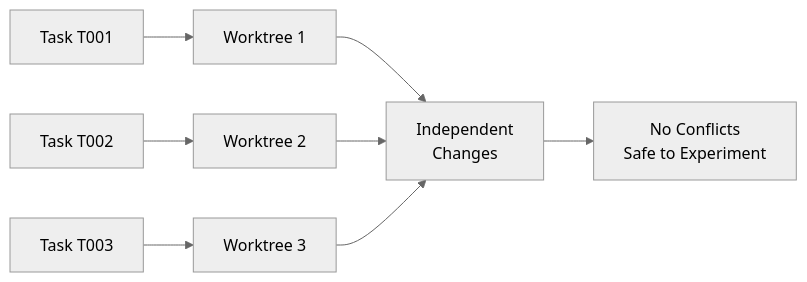
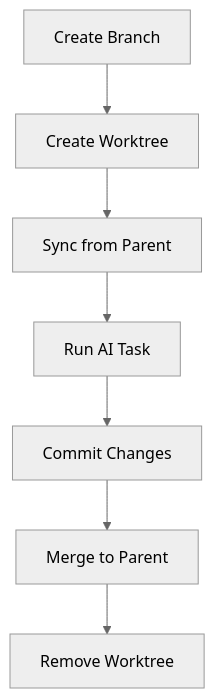
The diagram in docs/manual/02-core-concepts/03-git-and-worktrees.md (pennyworth-tech/agent-arborist), drawn with Mermaid (neutral theme) before and after one commit. The commit also changed other lines of this file and 48 other files, not shown here.

````diff
--- a/docs/manual/02-core-concepts/03-git-and-worktrees.md
+++ b/docs/manual/02-core-concepts/03-git-and-worktrees.md
@@ -32,12 +28,9 @@
 ```mermaid
-graph LR
-    A[Task T001] --> B[Worktree 1]
-    C[Task T002] --> D[Worktree 2]
-    E[Task T003] --> F[Worktree 3]
-
-    B --> G[Independent<br/>Changes]
-    D --> G
-    F --> G
-
-    G --> H[No Conflicts<br/>Safe to Experiment]
+graph TB
+    A[Create Branch] --> B[Create Worktree]
+    B --> C[Sync from Parent]
+    C --> D[Run AI Task]
+    D --> E[Commit Changes]
+    E --> F[Merge to Parent]
+    F --> G[Remove Worktree]
 ```
````
